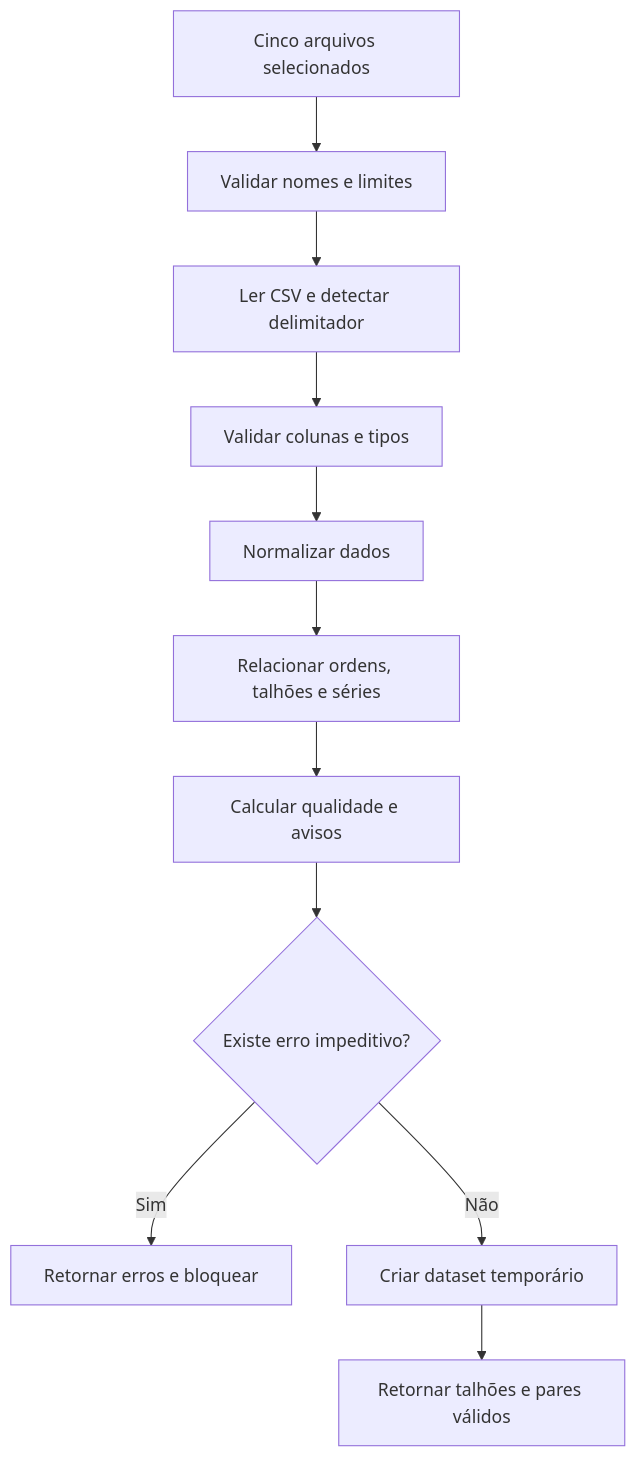
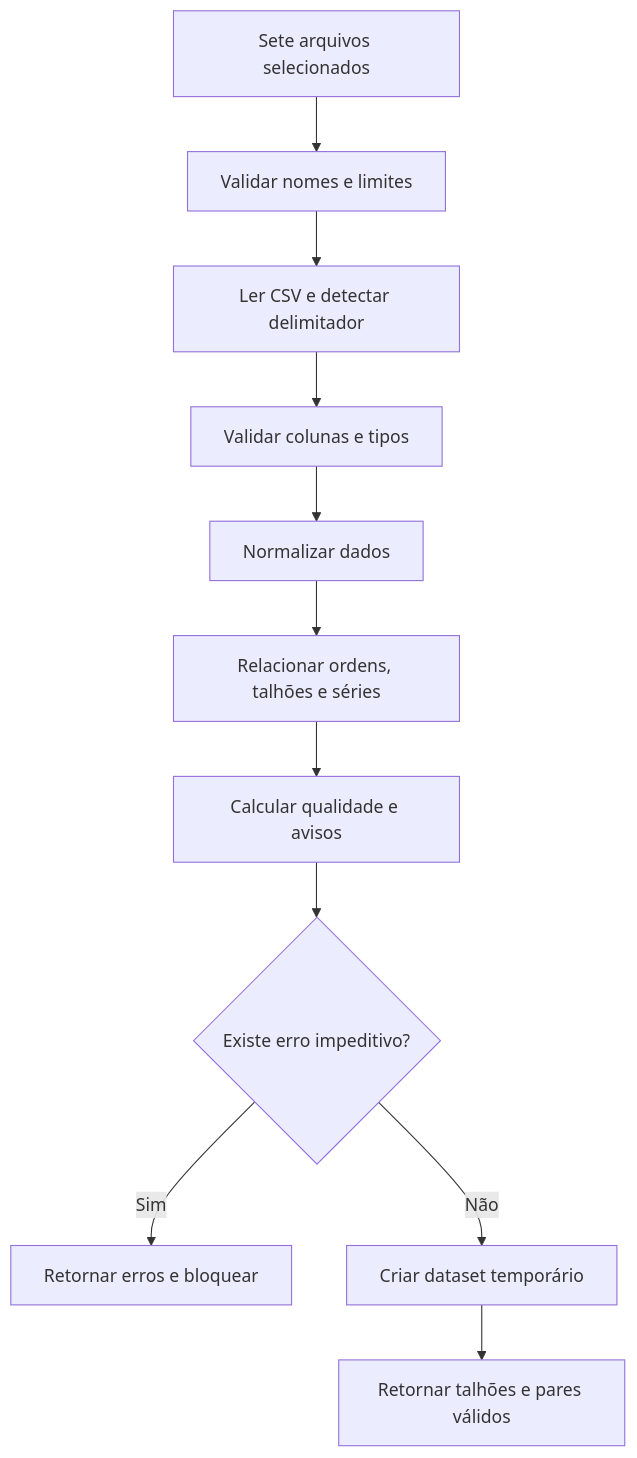
One commit to PaolaBiscaro/CSIMilho changed the fourth of 16 diagrams in PIPELINES.md. Above: the diagram before and after it, drawn with Mermaid. The commit also changed other lines of this file and 30 other files, not shown here.

````diff
--- a/PIPELINES.md
+++ b/PIPELINES.md
@@ -62,13 +83,13 @@
 ```mermaid
 flowchart TB
-    I["Cinco arquivos selecionados"] --> N["Validar nomes e limites"]
+    I["Sete arquivos selecionados"] --> N["Validar nomes e limites"]
     N --> R["Ler CSV e detectar delimitador"]
     R --> C["Validar colunas e tipos"]
     C --> Z["Normalizar dados"]
     Z --> L["Relacionar ordens, talhões e séries"]
     L --> Q["Calcular qualidade e avisos"]
     Q --> P{"Existe erro impeditivo?"}
     P -- "Sim" --> E["Retornar erros e bloquear"]
     P -- "Não" --> S["Criar dataset temporário"]
     S --> O["Retornar talhões e pares válidos"]
 ```
````
